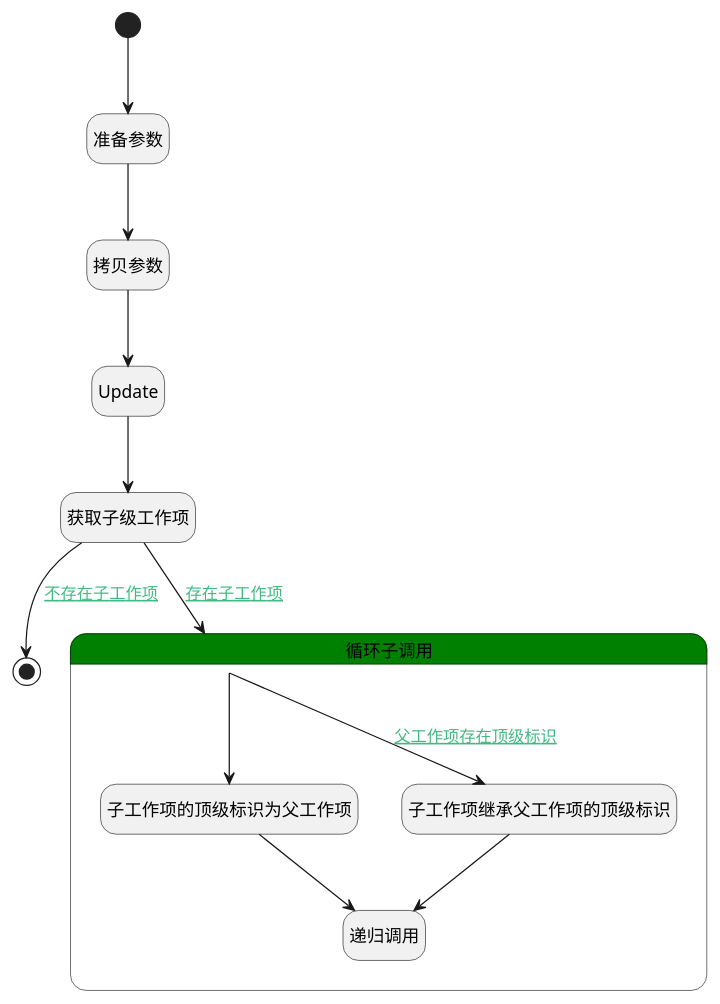
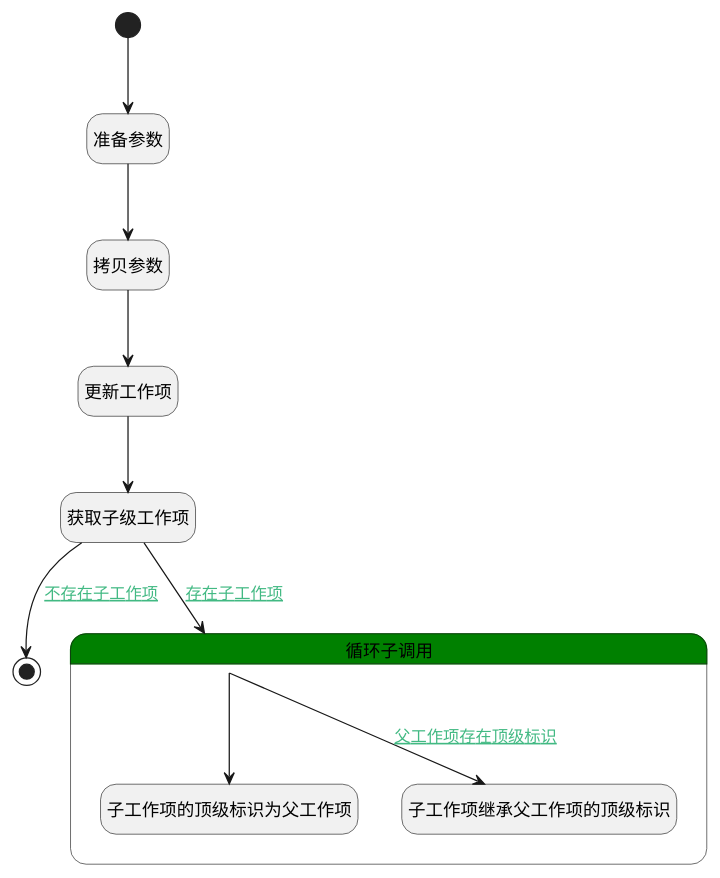
The diagram in doc/docsify/module/ProjMgmt/work_item/logic/change_top.md (iBizLab/plm), drawn with PlantUML before and after one commit. The commit also changed other lines of this file and 1068 other files, not shown here.

````diff
--- a/doc/docsify/module/ProjMgmt/work_item/logic/change_top.md
+++ b/doc/docsify/module/ProjMgmt/work_item/logic/change_top.md
@@ -7,37 +7,34 @@
 ```plantuml
 @startuml
 hide empty description
 <style>
 root {
   HyperlinkColor #42b983
 }
 </style>
 
 hide empty description
 state "开始" as Begin <<start>> [[$./change_top#begin {"开始"}]]
 state "准备参数" as PREPAREPARAM1  [[$./change_top#prepareparam1 {"准备参数"}]]
 state "拷贝参数" as COPYPARAM1  [[$./change_top#copyparam1 {"拷贝参数"}]]
-state "Update" as DEACTION1  [[$./change_top#deaction1 {"Update"}]]
+state "更新工作项" as DEACTION1  [[$./change_top#deaction1 {"更新工作项"}]]
 state "获取子级工作项" as DEDATASET1  [[$./change_top#dedataset1 {"获取子级工作项"}]]
 state "结束" as END1 <<end>> [[$./change_top#end1 {"结束"}]]
 state "循环子调用" as LOOPSUBCALL1  [[$./change_top#loopsubcall1 {"循环子调用"}]] #green {
 state "子工作项的顶级标识为父工作项" as PREPAREPARAM3  [[$./change_top#prepareparam3 {"子工作项的顶级标识为父工作项"}]]
 state "子工作项继承父工作项的顶级标识" as PREPAREPARAM2  [[$./change_top#prepareparam2 {"子工作项继承父工作项的顶级标识"}]]
-state "递归调用" as DELOGIC1  [[$./change_top#delogic1 {"递归调用"}]]
 }
 
 
 Begin --> PREPAREPARAM1
 PREPAREPARAM1 --> COPYPARAM1
 COPYPARAM1 --> DEACTION1
 DEACTION1 --> DEDATASET1
 DEDATASET1 --> LOOPSUBCALL1 : [[$./change_top#dedataset1-loopsubcall1{存在子工作项} 存在子工作项]]
 LOOPSUBCALL1 --> PREPAREPARAM3
-PREPAREPARAM3 --> DELOGIC1
 LOOPSUBCALL1 --> PREPAREPARAM2 : [[$./change_top#loopsubcall1-prepareparam2{父工作项存在顶级标识} 父工作项存在顶级标识]]
-PREPAREPARAM2 --> DELOGIC1
 DEDATASET1 --> END1 : [[$./change_top#dedataset1-end1{不存在子工作项} 不存在子工作项]]
 
 
 @enduml
 ```
````
